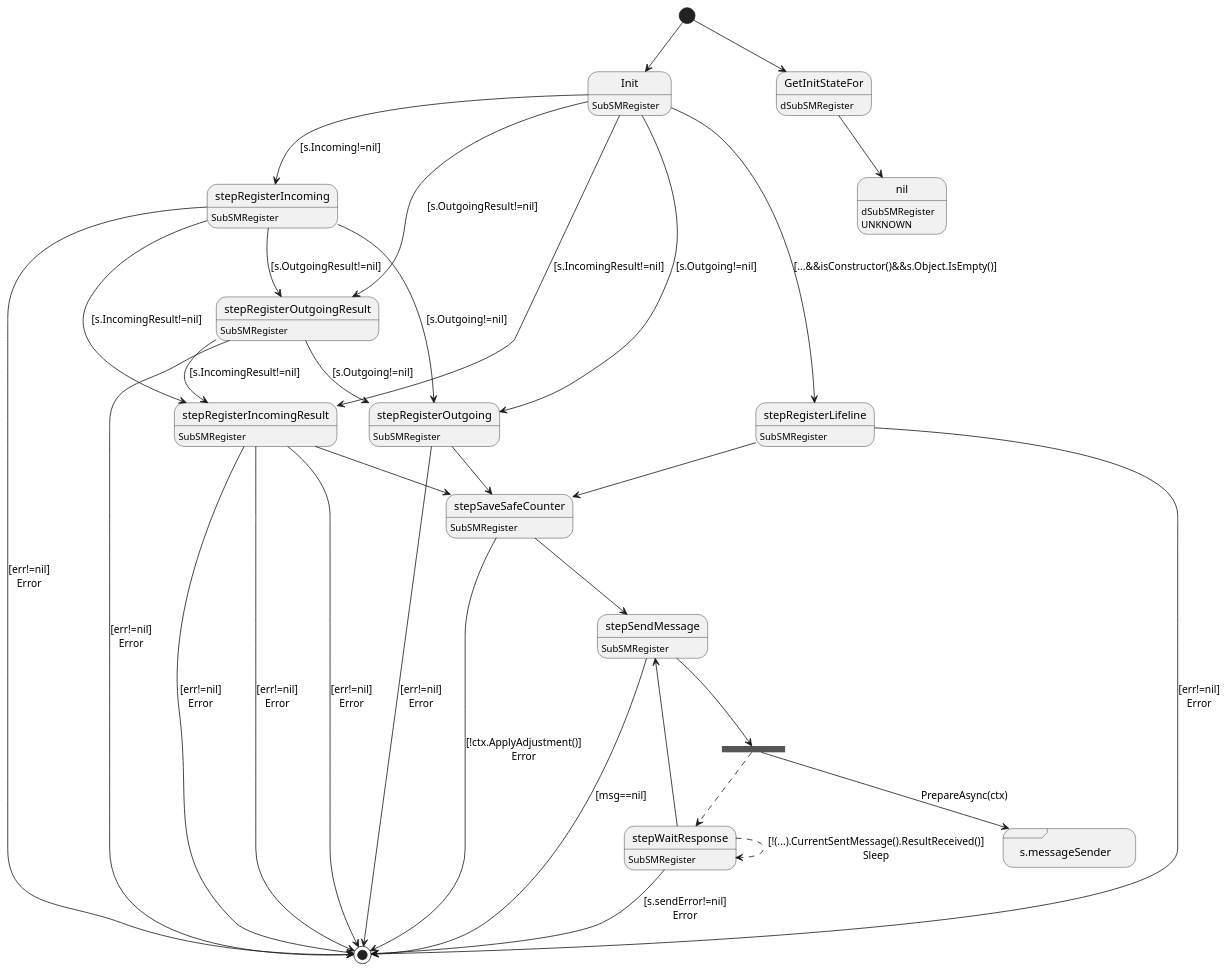
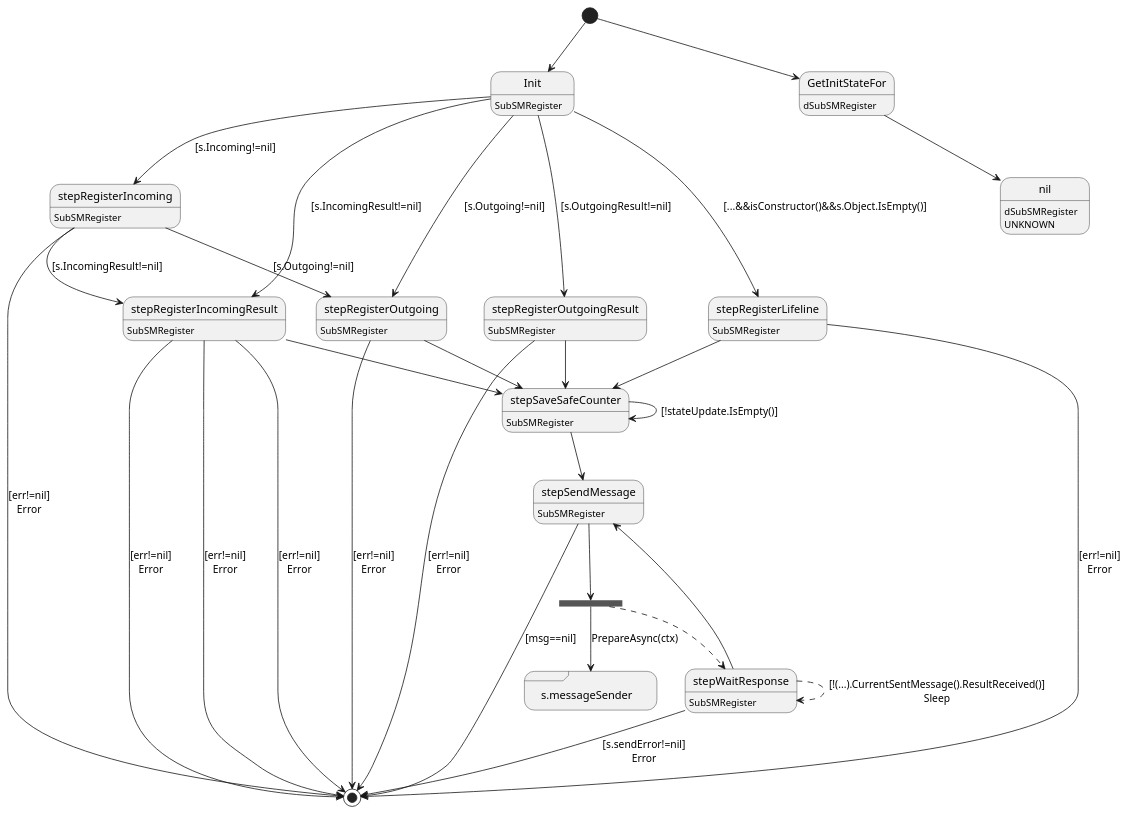
One commit to insolar/assured-ledger changed the diagram in ledger-core/virtual/lmn/register.plantuml. Above: the diagram before and after it, drawn with PlantUML. The commit also changed 34 other files, not shown here.

```diff
--- a/ledger-core/virtual/lmn/register.plantuml
+++ b/ledger-core/virtual/lmn/register.plantuml
@@ -1,59 +1,57 @@
 @startuml
 state "Init" as T01_S001
 T01_S001 : SubSMRegister
 [*] --> T01_S001
 T01_S001 --> T01_S002 : [...&&isConstructor()&&s.Object.IsEmpty()]
 T01_S001 --> T01_S003 : [s.Incoming!=nil]
 T01_S001 --> T01_S005 : [s.OutgoingResult!=nil]
 T01_S001 --> T01_S004 : [s.Outgoing!=nil]
 T01_S001 --> T01_S006 : [s.IncomingResult!=nil]
 state "s.messageSender" as T01_S009 <<sdlreceive>>
 state "stepRegisterIncoming" as T01_S003
 T01_S003 : SubSMRegister
 T01_S003 --> [*] : [err!=nil]\nError
 T01_S003 --> T01_S004 : [s.Outgoing!=nil]
-T01_S003 --> T01_S005 : [s.OutgoingResult!=nil]
 T01_S003 --> T01_S006 : [s.IncomingResult!=nil]
 state "stepRegisterIncomingResult" as T01_S006
 T01_S006 : SubSMRegister
 T01_S006 --> [*] : [err!=nil]\nError
 T01_S006 --> [*] : [err!=nil]\nError
 T01_S006 --> [*] : [err!=nil]\nError
 T01_S006 --> T01_S007
 state "stepRegisterLifeline" as T01_S002
 T01_S002 : SubSMRegister
 T01_S002 --> [*] : [err!=nil]\nError
 T01_S002 --> T01_S007
 state "stepRegisterOutgoing" as T01_S004
 T01_S004 : SubSMRegister
 T01_S004 --> [*] : [err!=nil]\nError
 T01_S004 --> T01_S007
 state "stepRegisterOutgoingResult" as T01_S005
 T01_S005 : SubSMRegister
 T01_S005 --> [*] : [err!=nil]\nError
-T01_S005 --> T01_S004 : [s.Outgoing!=nil]
-T01_S005 --> T01_S006 : [s.IncomingResult!=nil]
+T01_S005 --> T01_S007
 state "stepSaveSafeCounter" as T01_S007
 T01_S007 : SubSMRegister
-T01_S007 --> [*] : [!ctx.ApplyAdjustment()]\nError
+T01_S007 --> T01_S007 : [!stateUpdate.IsEmpty()]
 T01_S007 --> T01_S008
 state "stepSendMessage" as T01_S008
 T01_S008 : SubSMRegister
 T01_S008 --> [*] : [msg==nil]
 state T01_U001 <<fork>>
 T01_S008 --> T01_U001
 T01_U001 --> T01_S009 : PrepareAsync(ctx)
 T01_U001 --[dashed]> T01_S010
 state "stepWaitResponse" as T01_S010
 T01_S010 : SubSMRegister
 T01_S010 --> [*] : [s.sendError!=nil]\nError
 T01_S010 --[dashed]> T01_S010 : [!(...).CurrentSentMessage().ResultReceived()]\nSleep
 T01_S010 --> T01_S008
 state "GetInitStateFor" as T00_S001
 T00_S001 : dSubSMRegister
 [*] --> T00_S001
 state "nil" as T00_U002
 T00_U002 : dSubSMRegister
 T00_U002 : UNKNOWN 
 T00_S001 --> T00_U002
 @enduml
```
